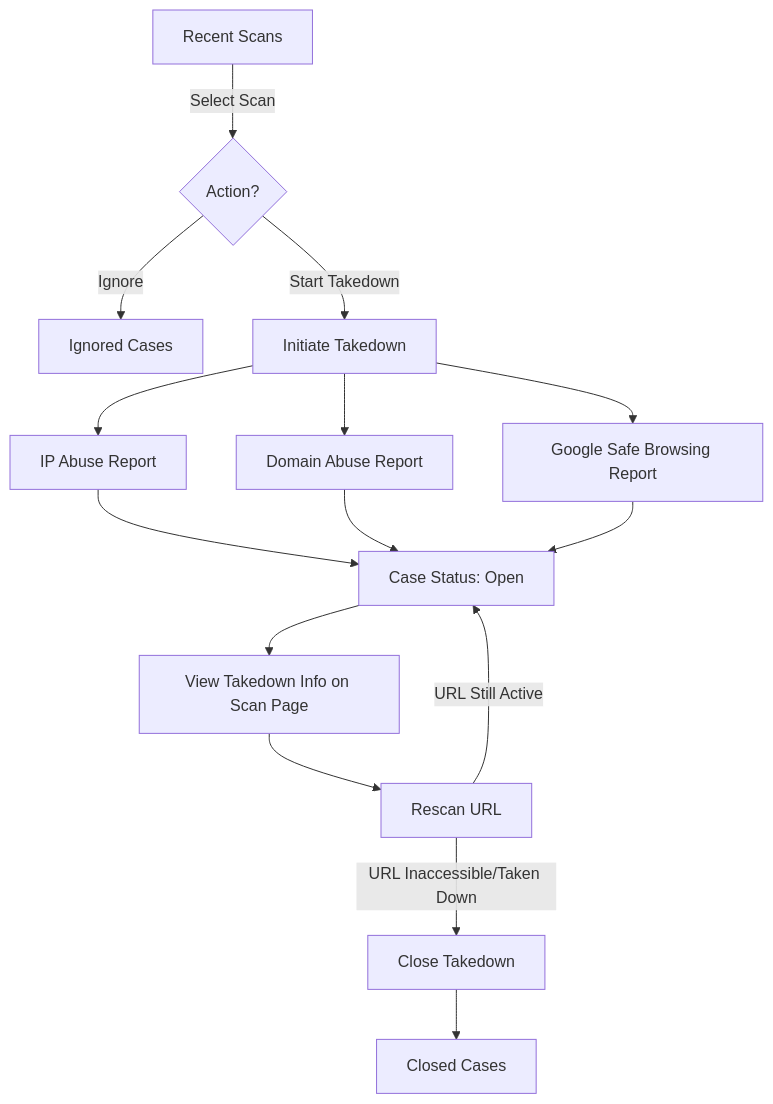
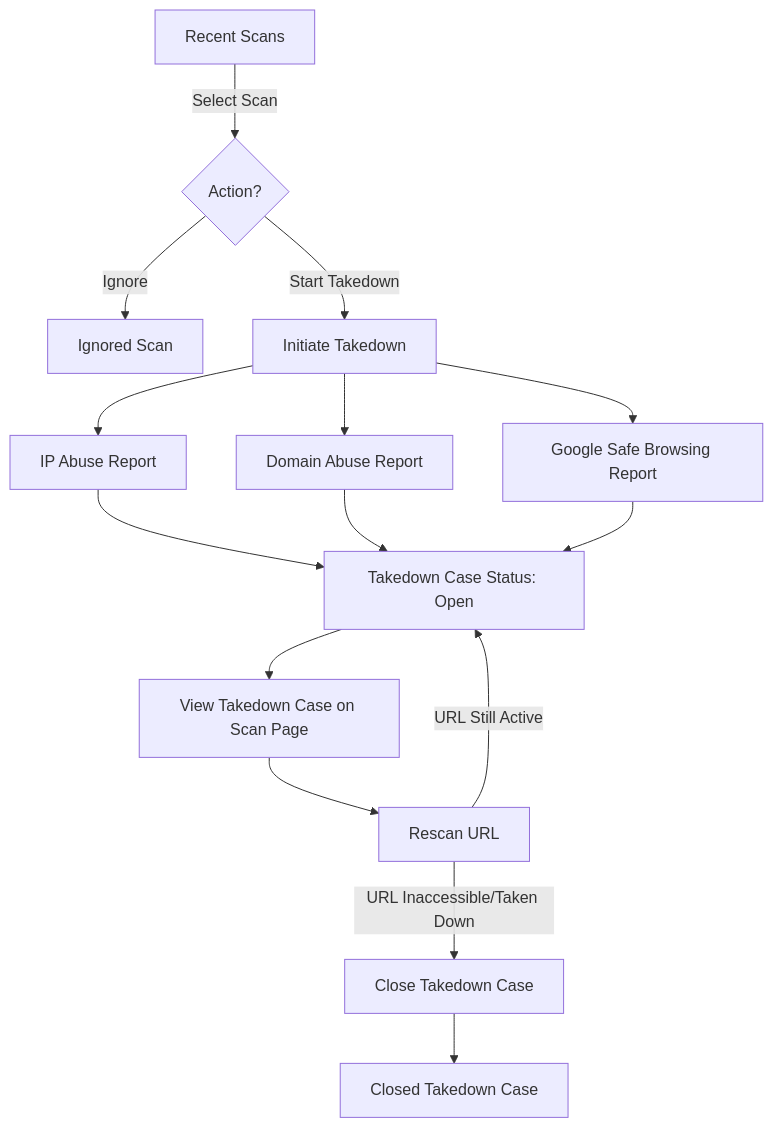
Before and after one commit to urldna/docs: the diagram in docs/takedown.mdx, drawn with Mermaid.

Commit message:
Documentation edits made through Mintlify web editor

````diff
--- a/docs/takedown.mdx
+++ b/docs/takedown.mdx
@@ -11,15 +11,15 @@
 ```mermaid
 graph TD;
     A[Recent Scans] -->|Select Scan| B{Action?}
-    B -->|Ignore| C[Ignored Cases]
+    B -->|Ignore| C[Ignored Scan]
     B -->|Start Takedown| D[Initiate Takedown]
     D --> E[IP Abuse Report]
     D --> F[Domain Abuse Report]
     D --> G[Google Safe Browsing Report]
-    E & F & G --> H[Case Status: Open]
-    H --> I[View Takedown Info on Scan Page]
+    E & F & G --> H[Takedown Case Status: Open]
+    H --> I[View Takedown Case on Scan Page]
     I --> J[Rescan URL]
-    J -->|URL Inaccessible/Taken Down| K[Close Takedown]
-    K --> L[Closed Cases]
+    J -->|URL Inaccessible/Taken Down| K[Close Takedown Case]
+    K --> L[Closed Takedown Case]
     J -->|URL Still Active| H
 ```
````
